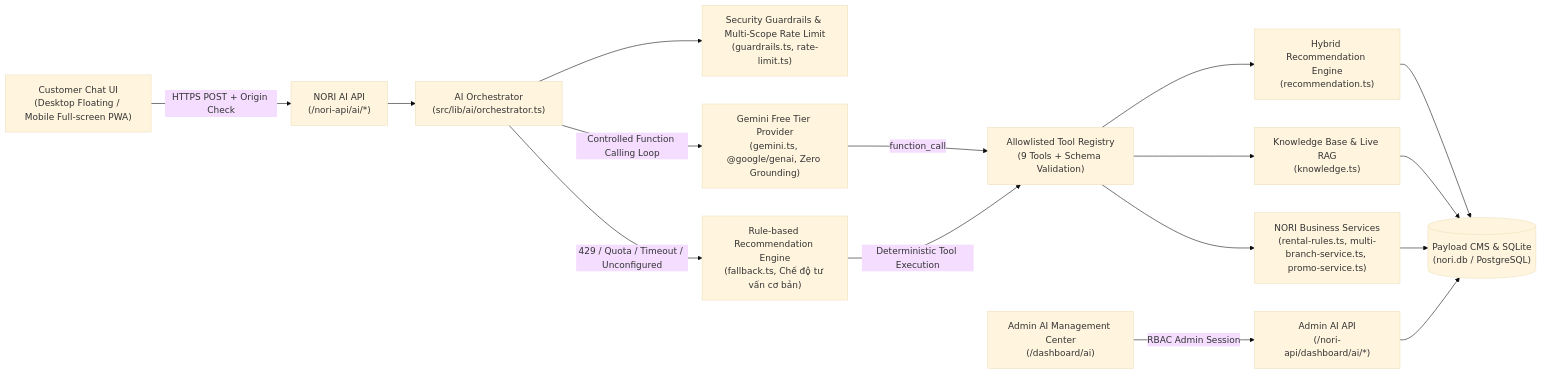
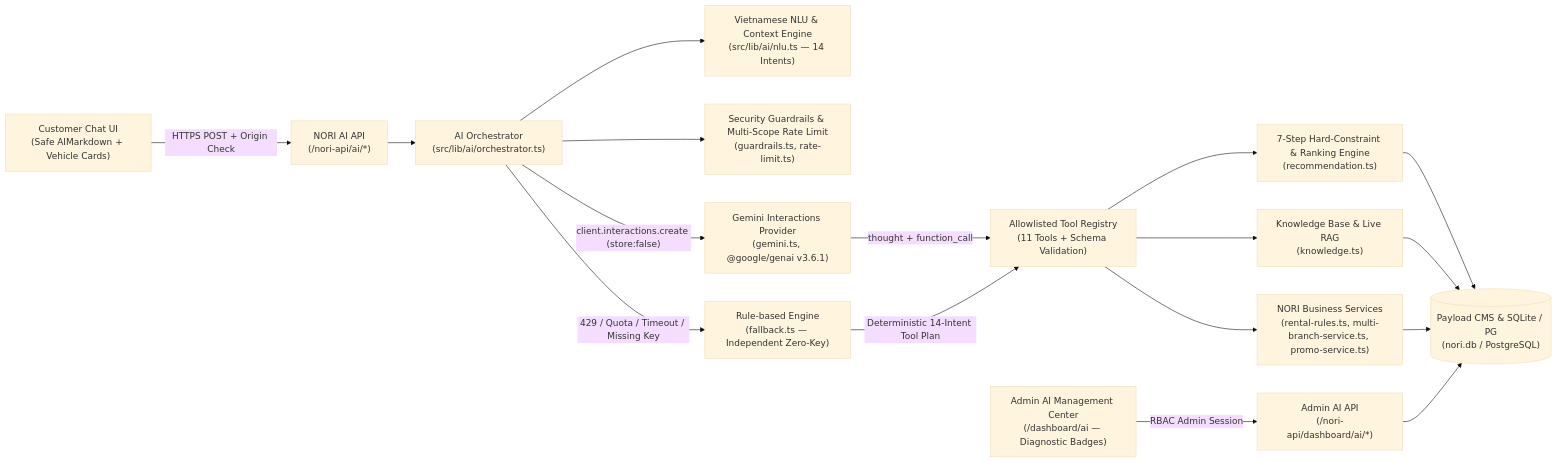
The diagram in docs/AI_ARCHITECTURE.md (nquocthinh06/nori-vehicle-rental), drawn with Mermaid (base theme) before and after one commit. The commit also changed other lines of this file and 37 other files, not shown here.

Commit message:
feat(ai): upgrade NLU 14-intent engine, hard-constraint search, Gemini Interactions API, and safe Markdown UI

````diff
--- a/docs/AI_ARCHITECTURE.md
+++ b/docs/AI_ARCHITECTURE.md
@@ -14,32 +17,34 @@
 ```mermaid
 flowchart LR
-  CustomerUI["Customer Chat UI\n(Desktop Floating / Mobile Full-screen PWA)"]
-  AdminUI["Admin AI Management Center\n(/dashboard/ai)"]
+  CustomerUI["Customer Chat UI\n(Safe AIMarkdown + Vehicle Cards)"]
+  AdminUI["Admin AI Management Center\n(/dashboard/ai — Diagnostic Badges)"]
   AIChatAPI["NORI AI API\n(/nori-api/ai/*)"]
   AdminAIAPI["Admin AI API\n(/nori-api/dashboard/ai/*)"]
   Orchestrator["AI Orchestrator\n(src/lib/ai/orchestrator.ts)"]
+  NLUEngine["Vietnamese NLU & Context Engine\n(src/lib/ai/nlu.ts — 14 Intents)"]
   Guardrails["Security Guardrails & Multi-Scope Rate Limit\n(guardrails.ts, rate-limit.ts)"]
-  GeminiProvider["Gemini Free Tier Provider\n(gemini.ts, @google/genai, Zero Grounding)"]
-  FallbackEngine["Rule-based Recommendation Engine\n(fallback.ts, Chế độ tư vấn cơ bản)"]
-  ToolRegistry["Allowlisted Tool Registry\n(9 Tools + Schema Validation)"]
-  RecEngine["Hybrid Recommendation Engine\n(recommendation.ts)"]
+  GeminiProvider["Gemini Interactions Provider\n(gemini.ts, @google/genai v3.6.1)"]
+  FallbackEngine["Rule-based Engine\n(fallback.ts — Independent Zero-Key)"]
+  ToolRegistry["Allowlisted Tool Registry\n(11 Tools + Schema Validation)"]
+  RecEngine["7-Step Hard-Constraint & Ranking Engine\n(recommendation.ts)"]
   KnowledgeRAG["Knowledge Base & Live RAG\n(knowledge.ts)"]
   BusinessServices["NORI Business Services\n(rental-rules.ts, multi-branch-service.ts, promo-service.ts)"]
-  PayloadDB[("Payload CMS & SQLite\n(nori.db / PostgreSQL)")]
+  PayloadDB[("Payload CMS & SQLite / PG\n(nori.db / PostgreSQL)")]
 
   CustomerUI -->|"HTTPS POST + Origin Check"| AIChatAPI
   AdminUI -->|"RBAC Admin Session"| AdminAIAPI
   AIChatAPI --> Orchestrator
   Orchestrator --> Guardrails
-  Orchestrator -->|"Controlled Function Calling Loop"| GeminiProvider
-  Orchestrator -->|"429 / Quota / Timeout / Unconfigured"| FallbackEngine
-  GeminiProvider -->|"function_call"| ToolRegistry
-  FallbackEngine -->|"Deterministic Tool Execution"| ToolRegistry
+  Orchestrator --> NLUEngine
+  Orchestrator -->|"client.interactions.create (store:false)"| GeminiProvider
+  Orchestrator -->|"429 / Quota / Timeout / Missing Key"| FallbackEngine
+  GeminiProvider -->|"thought + function_call"| ToolRegistry
+  FallbackEngine -->|"Deterministic 14-Intent Tool Plan"| ToolRegistry
   ToolRegistry --> RecEngine
   ToolRegistry --> KnowledgeRAG
   ToolRegistry --> BusinessServices
   RecEngine --> PayloadDB
   KnowledgeRAG --> PayloadDB
   BusinessServices --> PayloadDB
   AdminAIAPI --> PayloadDB
 ```
````
